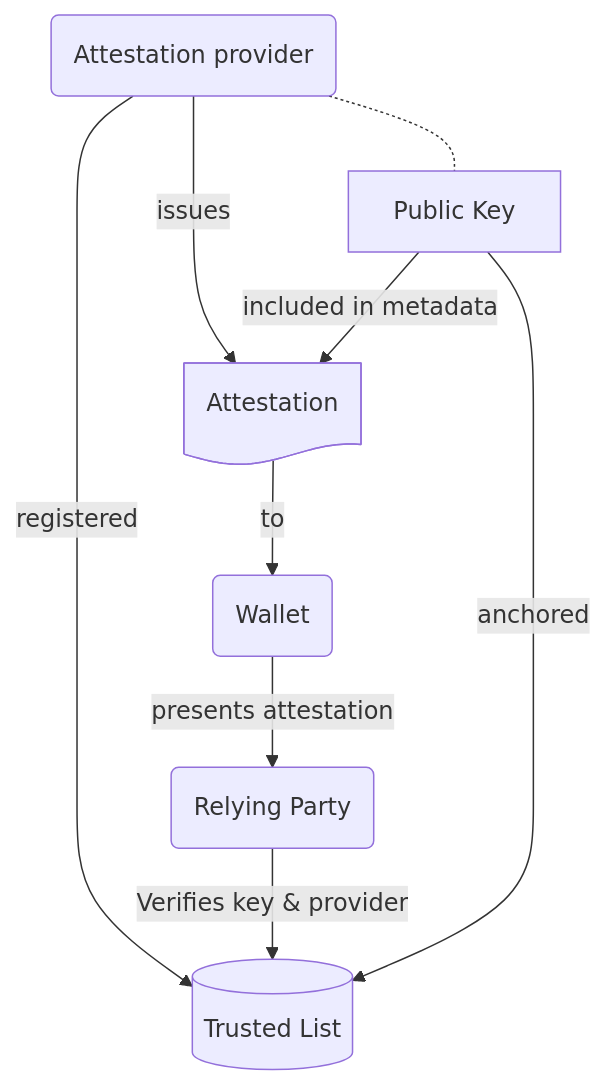
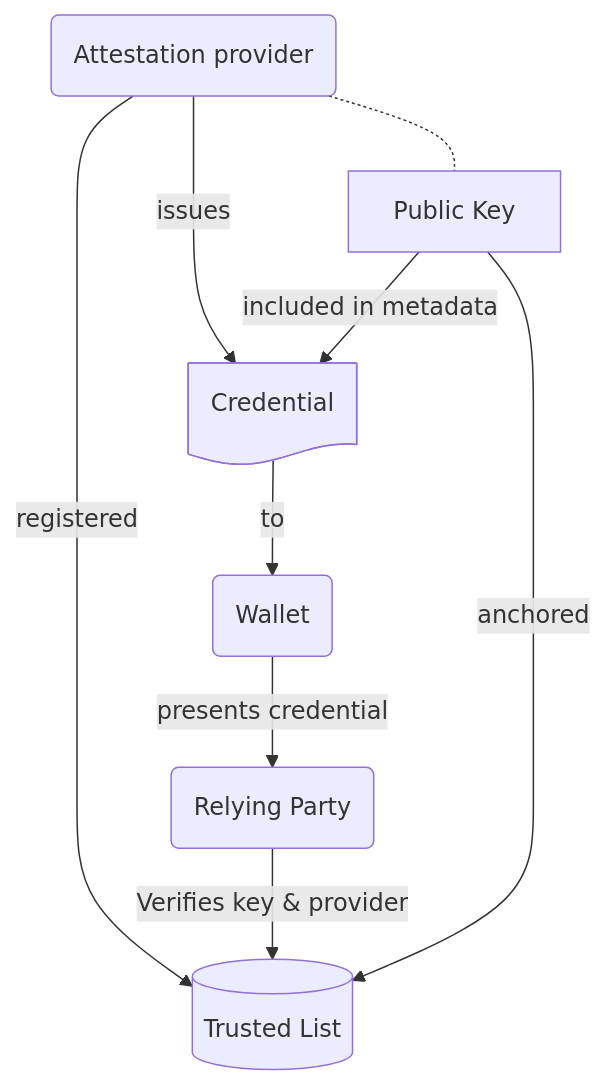
One commit to EWC-consortium/eudi-wallet-rfcs changed the diagram in ewc-rfc012-trust-mechanism.md. Above: the diagram before and after it, drawn with Mermaid. The commit also changed other lines of this file, not shown here.

````diff
--- a/ewc-rfc012-trust-mechanism.md
+++ b/ewc-rfc012-trust-mechanism.md
@@ -64,17 +64,17 @@
 ```mermaid 
 flowchart TD
     n2["Attestation provider"] -- registered --> n1["Trusted List"]
-    n2 -- issues --> n4["Attestation"]
+    n2 -- issues --> n4["Credential"]
     n4 -- to --> n5["Wallet"]
     n7["Relying Party"] -- Verifies key &amp; provider --> n1
     n8["Public Key"] -- anchored --> n1
-    n5 -- presents attestation --> n7
+    n5 -- presents credential --> n7
     n8 -- included in metadata --> n4
     n2 -.- n8
     n2@{ shape: rounded}
     n1@{ shape: cyl}
     n4@{ shape: doc}
     n5@{ shape: rounded}
     n7@{ shape: rounded}
     n8@{ shape: rect}
 ```
````
